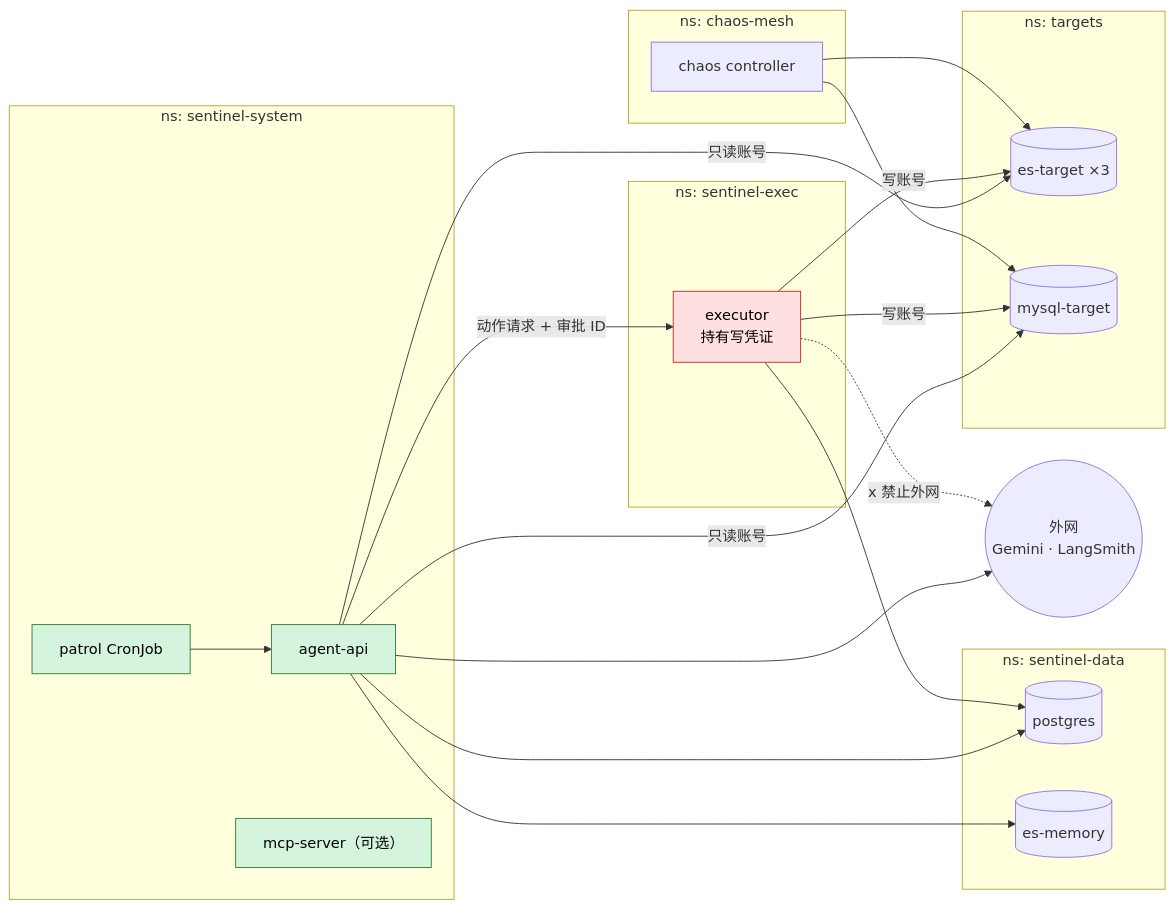
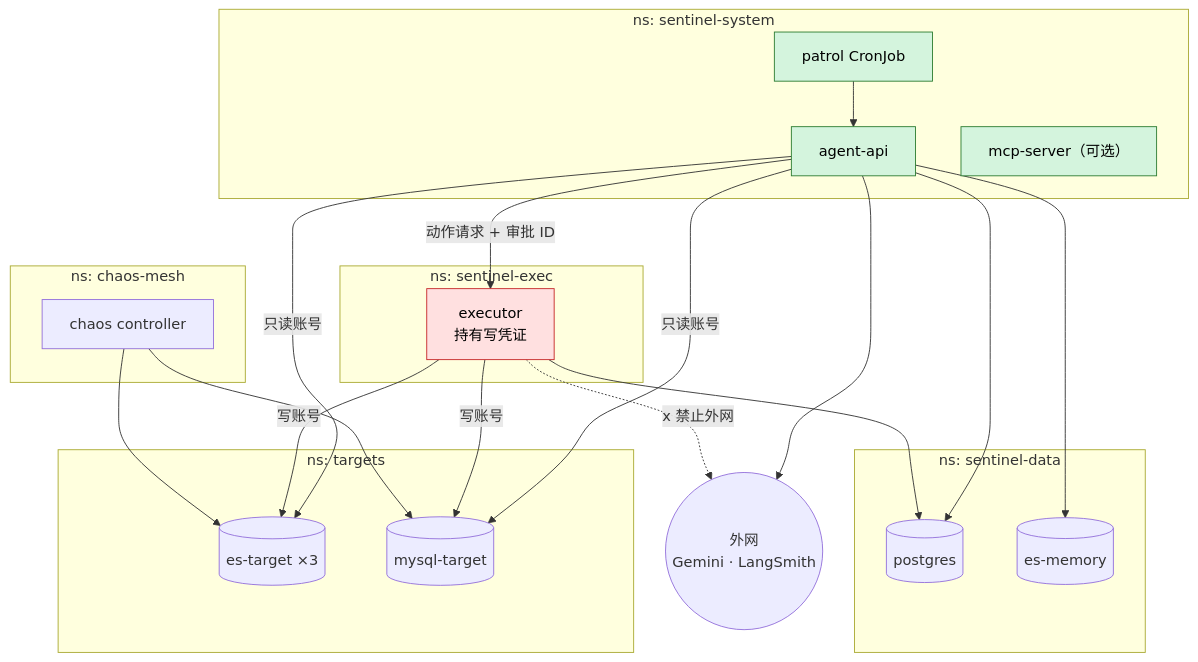
The diagram in docs/design/01-architecture.md (gwangyue/sentinelops), drawn with Mermaid before and after one commit. The commit also changed other lines of this file and 8 other files, not shown here.

````diff
--- a/docs/design/01-architecture.md
+++ b/docs/design/01-architecture.md
@@ -206,37 +206,37 @@
 ```mermaid
-flowchart LR
+flowchart TB
     classDef ns fill:#f5f5f5,stroke:#999,color:#000
     classDef hot fill:#ffe0e0,stroke:#c62828,color:#000
     classDef ok fill:#d4f4dd,stroke:#2e7d32,color:#000
 
     subgraph SYS["ns: sentinel-system"]
         API["agent-api"]:::ok
         CRON["patrol CronJob"]:::ok
         MCP["mcp-server（可选）"]:::ok
     end
     subgraph EXEC["ns: sentinel-exec"]
         EXE["executor<br/>持有写凭证"]:::hot
     end
     subgraph DATA["ns: sentinel-data"]
         PG[("postgres")]
         ESM[("es-memory")]
     end
     subgraph TGT["ns: targets"]
         EST[("es-target ×3")]
         MY[("mysql-target")]
     end
     subgraph CH["ns: chaos-mesh"]
         CM["chaos controller"]
     end
     NET(("外网<br/>Gemini · LangSmith"))
 
     CRON --> API
     API -->|只读账号| EST & MY
     API --> PG & ESM
     API -->|动作请求 + 审批 ID| EXE
     EXE -->|写账号| EST & MY
     EXE --> PG
     CM --> EST & MY
     API --> NET
     EXE -.x 禁止外网.-> NET
 ```
````
